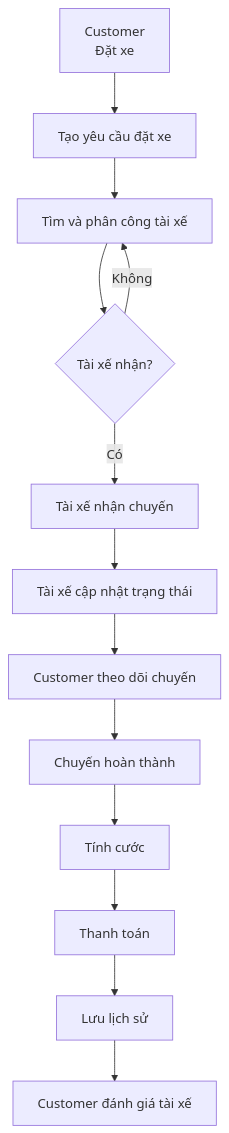
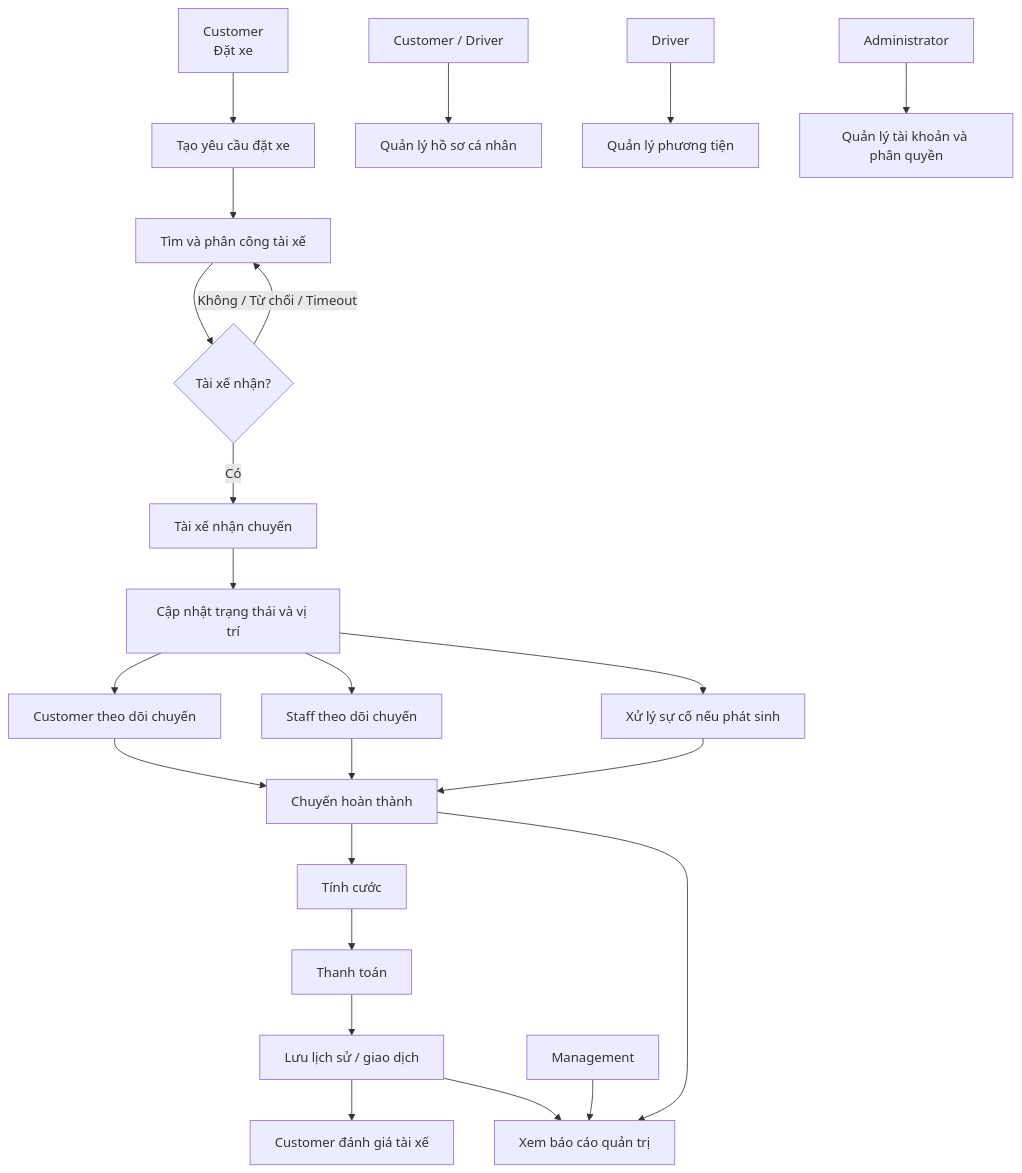
Before and after one commit to vthaix/23674231_TranVanThai_Cabsystem: the third of 4 diagrams in srs.md, drawn with Mermaid. The commit also changed other lines of this file, not shown here.

````diff
--- a/srs.md
+++ b/srs.md
@@ -472,18 +974,28 @@
-```mermaid id="k2m4xq"
+```mermaid
 flowchart TD
     A["Customer<br/>Đặt xe"] --> B["Tạo yêu cầu đặt xe"]
     B --> C["Tìm và phân công tài xế"]
     C --> D{"Tài xế nhận?"}
 
-    D -- "Không" --> C
+    D -- "Không / Từ chối / Timeout" --> C
     D -- "Có" --> E["Tài xế nhận chuyến"]
+    E --> F["Cập nhật trạng thái và vị trí"]
+    F --> G["Customer theo dõi chuyến"]
+    F --> H["Staff theo dõi chuyến"]
+    F --> I["Xử lý sự cố nếu phát sinh"]
+    G --> J["Chuyến hoàn thành"]
+    H --> J
+    I --> J
+    J --> K["Tính cước"]
+    K --> L["Thanh toán"]
+    L --> M["Lưu lịch sử / giao dịch"]
+    M --> N["Customer đánh giá tài xế"]
 
-    E --> F["Tài xế cập nhật trạng thái"]
-    F --> G["Customer theo dõi chuyến"]
-    G --> H["Chuyến hoàn thành"]
+    O["Customer / Driver"] --> P["Quản lý hồ sơ cá nhân"]
+    Q["Driver"] --> R["Quản lý phương tiện"]
+    S["Administrator"] --> T["Quản lý tài khoản và phân quyền"]
+    U["Management"] --> V["Xem báo cáo quản trị"]
+    M --> V
+    J --> V
 
-    H --> I["Tính cước"]
-    I --> J["Thanh toán"]
-    J --> K["Lưu lịch sử"]
-    K --> L["Customer đánh giá tài xế"]
 ```
````
